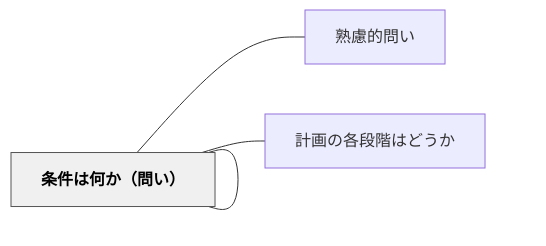
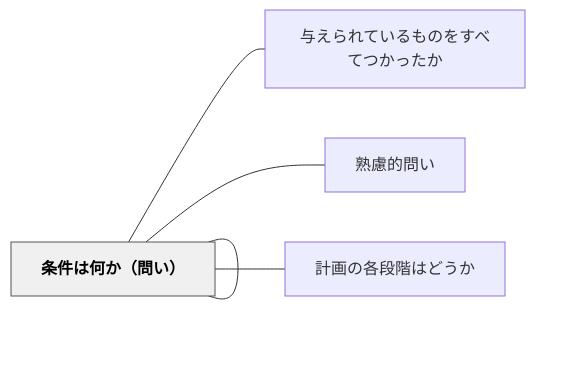
Before and after one commit to unknownthings-ed-patterns/unknownthings-ed-patterns: the diagram in content/パタン/条件をすべてつかったか.md, drawn with Mermaid. The commit also changed other lines of this file and 473 other files, not shown here.

````diff
--- a/content/パタン/条件をすべてつかったか.md
+++ b/content/パタン/条件をすべてつかったか.md
@@ -40,14 +41,16 @@
 ```mermaid
 flowchart LR
     ne69da1e4bbb6["条件をすべてつかったか"]
+    ne4b88ee38188["与えられているものをすべてつかったか"]
     ne7869fe685ae["熟慮的問い"]
     ne69da1e4bbb6["条件は何か（問い）"]
     ne8a888e794bb["計画の各段階はどうか"]
 
+    ne69da1e4bbb6 --- ne4b88ee38188
     ne69da1e4bbb6 --- ne7869fe685ae
     ne69da1e4bbb6 --- ne69da1e4bbb6
     ne69da1e4bbb6 --- ne8a888e794bb
 
     classDef hub fill:#f0f0f0,stroke:#555,color:#000,font-weight:bold
     class ne69da1e4bbb6 hub
 ```
````
